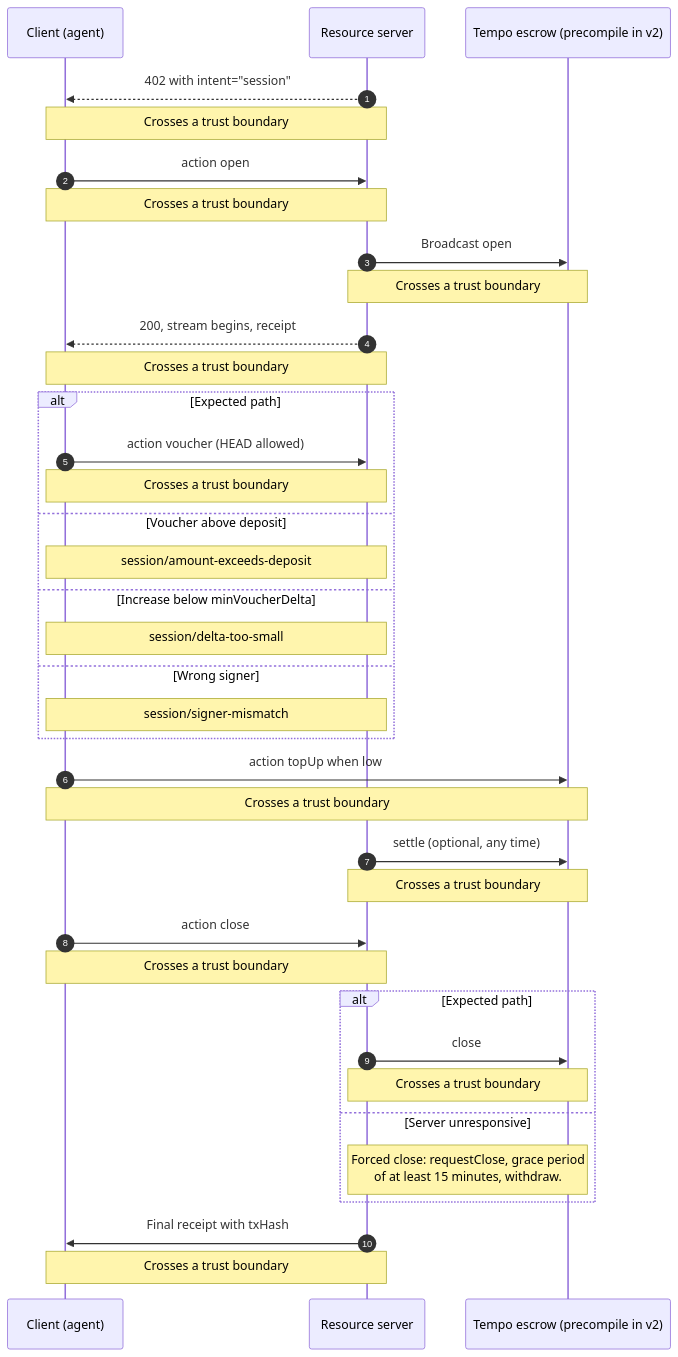
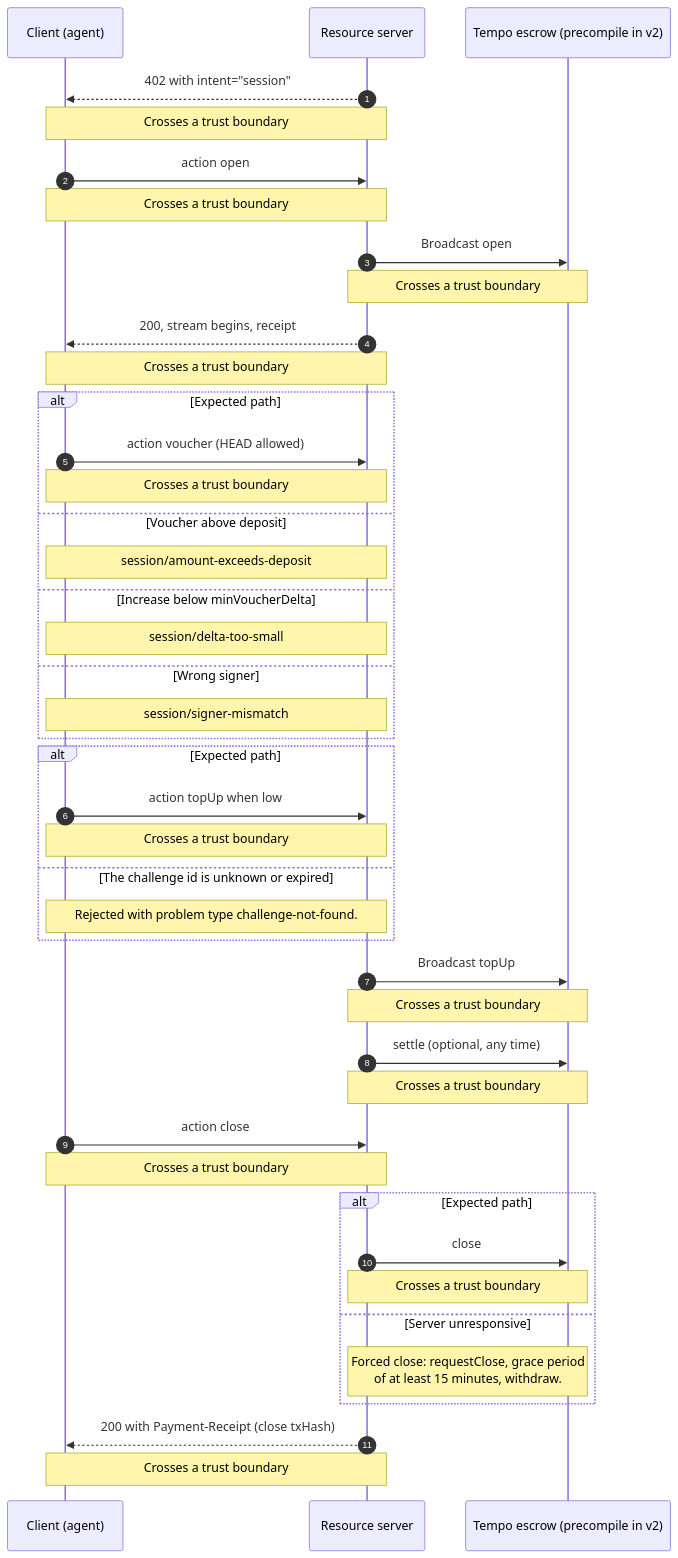
The diagram in src/generated/mermaid/stripe-mpp-tempo-session.mmd (mercesAI/agentic-rails-atlas), drawn with Mermaid before and after one commit. The commit also changed 154 other files, not shown here.

Commit message:
fix(content): full Stripe MPP fact check with site-wide SPT price correction

```diff
--- a/src/generated/mermaid/stripe-mpp-tempo-session.mmd
+++ b/src/generated/mermaid/stripe-mpp-tempo-session.mmd
@@ -1,39 +1,45 @@
 sequenceDiagram
   accTitle: MPP metered session on Tempo (open, vouchers, top-up, cooperative close)
-  accDescr: Sequence diagram: MPP metered session on Tempo (open, vouchers, top-up, cooperative close). 3 participants: Client (agent), Resource server, and Tempo escrow (precompile in v2). 10 steps, 10 crossing a trust boundary, 4 failure branches. Based on stripe-mpp draft-tempo-session-00 (v2 text merged 2026-06-25) (2026-06-25). Step 1: Resource server to Client (agent): 402 with intent= session. This step crosses a trust boundary. Step 2: Client (agent) to Resource server: action open. This step crosses a trust boundary. Step 3: Resource server to Tempo escrow (precompile in v2): Broadcast open. This step crosses a trust boundary. Step 4: Resource server to Client (agent): 200, stream begins, receipt. This step crosses a trust boundary. Step 5: Client (agent) to Resource server: action voucher (HEAD allowed). This step crosses a trust boundary. If Voucher above deposit: session/amount-exceeds-deposit. If Increase below minVoucherDelta: session/delta-too-small. If Wrong signer: session/signer-mismatch. Step 6: Client (agent) to Tempo escrow (precompile in v2): action topUp when low. This step crosses a trust boundary. Step 7: Resource server to Tempo escrow (precompile in v2): settle (optional, any time). This step crosses a trust boundary. Step 8: Client (agent) to Resource server: action close. This step crosses a trust boundary. Step 9: Resource server to Tempo escrow (precompile in v2): close. This step crosses a trust boundary. If Server unresponsive: Forced close: requestClose, grace period of at least 15 minutes, withdraw. Step 10: Resource server to Client (agent): Final receipt with txHash. This step crosses a trust boundary.
+  accDescr: Sequence diagram: MPP metered session on Tempo (open, vouchers, top-up, cooperative close). 3 participants: Client (agent), Resource server, and Tempo escrow (precompile in v2). 11 steps, 11 crossing a trust boundary, 5 failure branches. Based on stripe-mpp draft-tempo-session-00 (v2 text merged 2026-06-25, repository text of 2026-10-05 at commit 50309c8) (2026-10-05). Step 1: Resource server to Client (agent): 402 with intent= session. This step crosses a trust boundary. Step 2: Client (agent) to Resource server: action open. This step crosses a trust boundary. Step 3: Resource server to Tempo escrow (precompile in v2): Broadcast open. This step crosses a trust boundary. Step 4: Resource server to Client (agent): 200, stream begins, receipt. This step crosses a trust boundary. Step 5: Client (agent) to Resource server: action voucher (HEAD allowed). This step crosses a trust boundary. If Voucher above deposit: session/amount-exceeds-deposit. If Increase below minVoucherDelta: session/delta-too-small. If Wrong signer: session/signer-mismatch. Step 6: Client (agent) to Resource server: action topUp when low. This step crosses a trust boundary. If The challenge id is unknown or expired: Rejected with problem type challenge-not-found. Step 7: Resource server to Tempo escrow (precompile in v2): Broadcast topUp. This step crosses a trust boundary. Step 8: Resource server to Tempo escrow (precompile in v2): settle (optional, any time). This step crosses a trust boundary. Step 9: Client (agent) to Resource server: action close. This step crosses a trust boundary. Step 10: Resource server to Tempo escrow (precompile in v2): close. This step crosses a trust boundary. If Server unresponsive: Forced close: requestClose, grace period of at least 15 minutes, withdraw. Step 11: Resource server to Client (agent): 200 with Payment-Receipt (close txHash). This step crosses a trust boundary.
   autonumber
   participant p_client as Client (agent)
   participant p_server as Resource server
   participant p_escrow as Tempo escrow (precompile in v2)
   p_server-->>p_client: 402 with intent=#quot;session#quot;
   Note over p_server,p_client: Crosses a trust boundary
   p_client->>p_server: action open
   Note over p_client,p_server: Crosses a trust boundary
   p_server->>p_escrow: Broadcast open
   Note over p_server,p_escrow: Crosses a trust boundary
   p_server-->>p_client: 200, stream begins, receipt
   Note over p_server,p_client: Crosses a trust boundary
   alt Expected path
     p_client->>p_server: action voucher (HEAD allowed)
     Note over p_client,p_server: Crosses a trust boundary
   else Voucher above deposit
     Note over p_client,p_server: session/amount-exceeds-deposit
   else Increase below minVoucherDelta
     Note over p_client,p_server: session/delta-too-small
   else Wrong signer
     Note over p_client,p_server: session/signer-mismatch
   end
-  p_client->>p_escrow: action topUp when low
-  Note over p_client,p_escrow: Crosses a trust boundary
+  alt Expected path
+    p_client->>p_server: action topUp when low
+    Note over p_client,p_server: Crosses a trust boundary
+  else The challenge id is unknown or expired
+    Note over p_client,p_server: Rejected with problem type challenge-not-found.
+  end
+  p_server->>p_escrow: Broadcast topUp
+  Note over p_server,p_escrow: Crosses a trust boundary
   p_server->>p_escrow: settle (optional, any time)
   Note over p_server,p_escrow: Crosses a trust boundary
   p_client->>p_server: action close
   Note over p_client,p_server: Crosses a trust boundary
   alt Expected path
     p_server->>p_escrow: close
     Note over p_server,p_escrow: Crosses a trust boundary
   else Server unresponsive
     Note over p_server,p_escrow: Forced close: requestClose, grace period<br/>of at least 15 minutes, withdraw.
   end
-  p_server->>p_client: Final receipt with txHash
+  p_server-->>p_client: 200 with Payment-Receipt (close txHash)
   Note over p_server,p_client: Crosses a trust boundary
```
